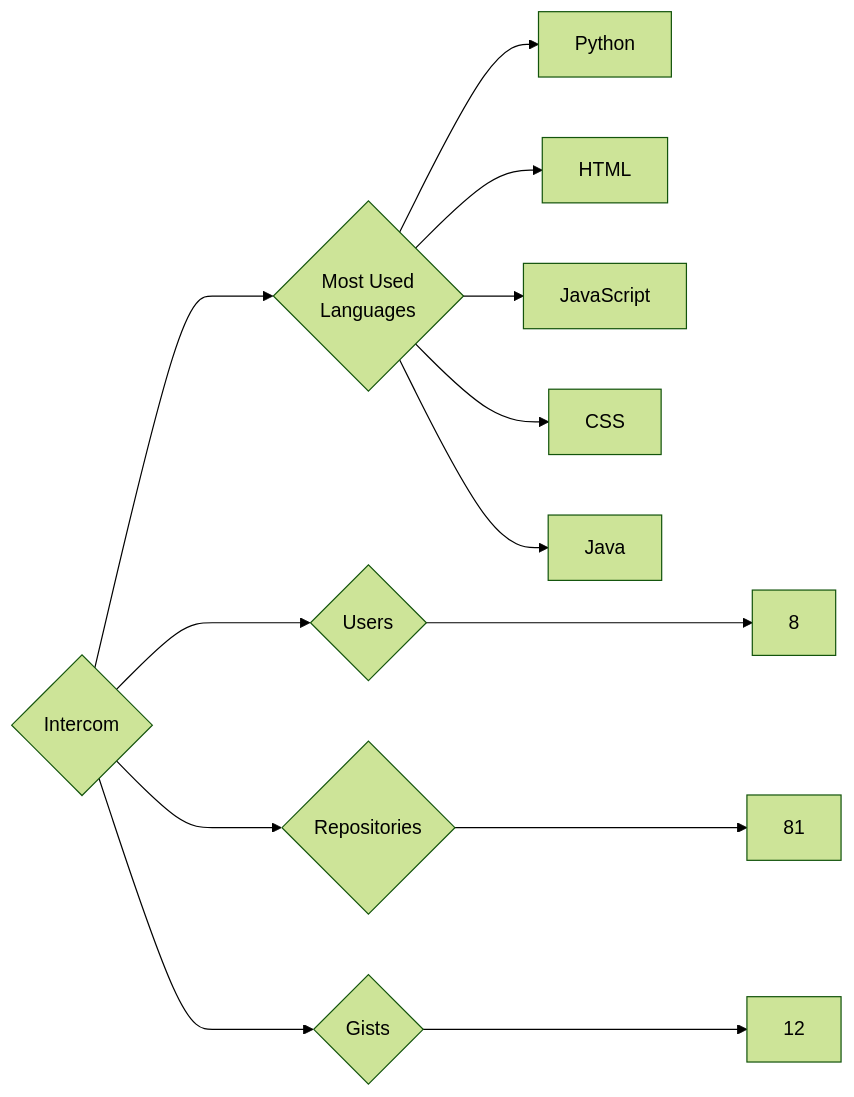
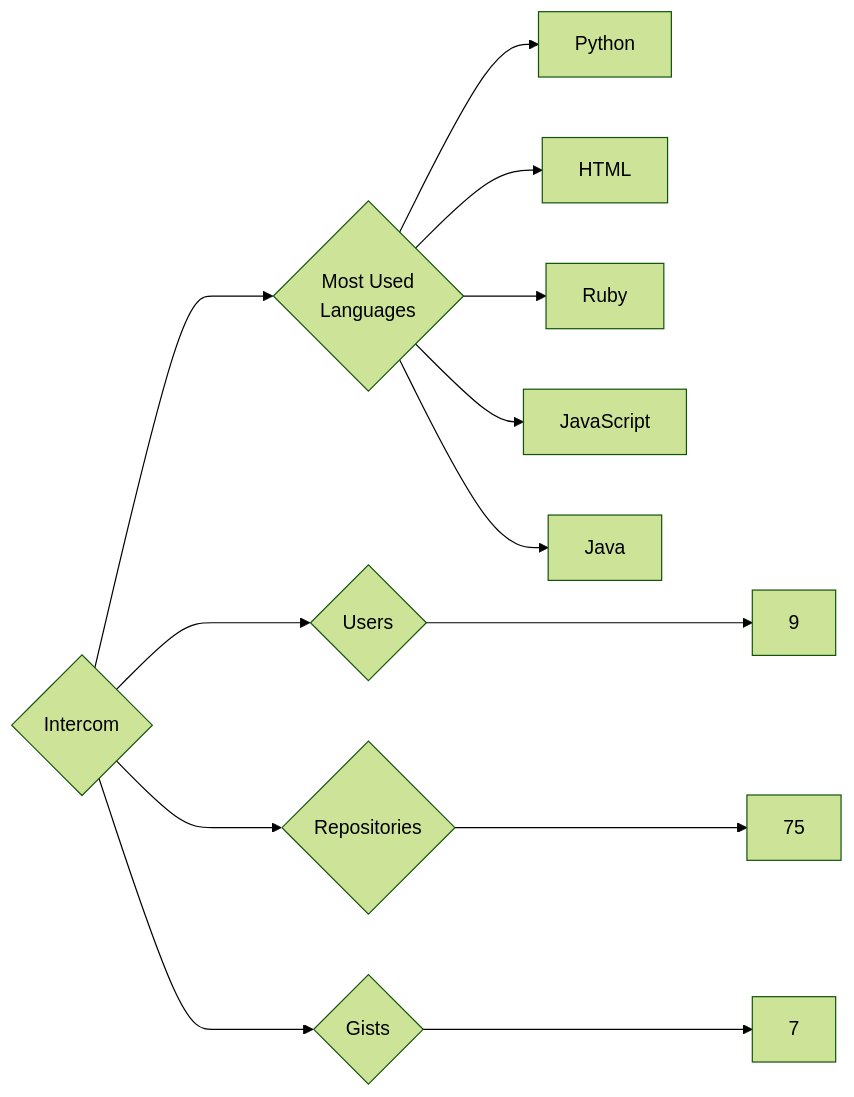
One commit to trickest/insiders changed the diagram in targets/Intercom/README.md. Above: the diagram before and after it, drawn with Mermaid (forest theme). The commit also changed 1055 other files, not shown here.

````diff
--- a/targets/Intercom/README.md
+++ b/targets/Intercom/README.md
@@ -3,13 +3,13 @@
 ```mermaid
 graph LR
 COMPANY_NAME{Intercom}
-COMPANY_NAME ---> U{Users} ---> UN[8]
-COMPANY_NAME ---> R{Repositories} ---> RN[81]
-COMPANY_NAME ---> G{Gists} ---> GN[12]
+COMPANY_NAME ---> U{Users} ---> UN[9]
+COMPANY_NAME ---> R{Repositories} ---> RN[75]
+COMPANY_NAME ---> G{Gists} ---> GN[7]
 COMPANY_NAME ---> ML{Most Used<br>Languages}
 ML --> Python[Python]
 ML --> HTML[HTML]
+ML --> Ruby[Ruby]
 ML --> JavaScript[JavaScript]
-ML --> CSS[CSS]
 ML --> Java[Java]
 ```
````
